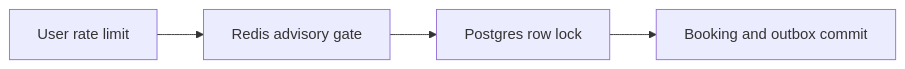
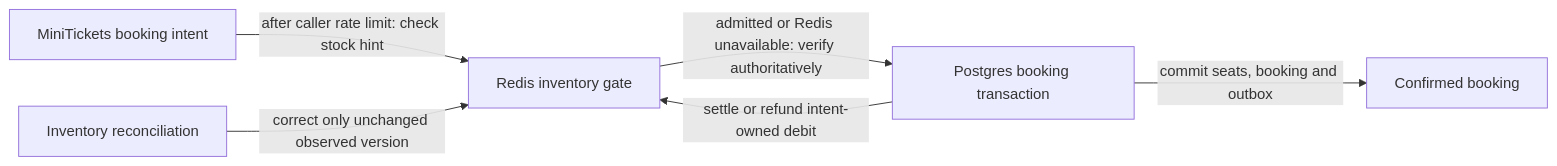
The diagram in docs/handbook/concepts/inventory-gate.md (maheshnd/minitickets), drawn with Mermaid before and after one commit. The commit also changed other lines of this file and 119 other files, not shown here.

````diff
--- a/docs/handbook/concepts/inventory-gate.md
+++ b/docs/handbook/concepts/inventory-gate.md
@@ -17,7 +19,8 @@
 ```mermaid
 flowchart LR
-    n0["User rate limit"] --> n1
-    n1["Redis advisory gate"] --> n2
-    n2["Postgres row lock"] --> n3
-    n3["Booking and outbox commit"]
+    B["MiniTickets booking intent"] -->|"after caller rate limit: check stock hint"| R["Redis inventory gate"]
+    R -->|"admitted or Redis unavailable: verify authoritatively"| P["Postgres booking transaction"]
+    P -->|"commit seats, booking and outbox"| C["Confirmed booking"]
+    P -->|"settle or refund intent-owned debit"| R
+    X["Inventory reconciliation"] -->|"correct only unchanged observed version"| R
 ```
````
